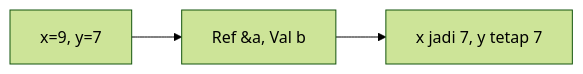
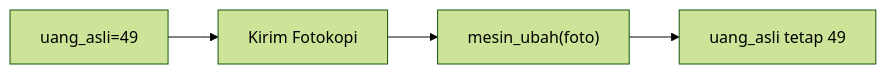
Before and after one commit to amnahwaida/OSNK_INF_PREP: diagram 11 of 25 in part-c-pemahaman-cpp/04-fungsi/latihan/set-01.md, drawn with Mermaid (forest theme). The commit also changed other lines of this file and 71 other files, not shown here.

````diff
--- a/part-c-pemahaman-cpp/04-fungsi/latihan/set-01.md
+++ b/part-c-pemahaman-cpp/04-fungsi/latihan/set-01.md
@@ -286,5 +301,6 @@
 ```mermaid
 graph LR
-A["x=9, y=7"] --> B["Ref &a, Val b"]
-B --> C["x jadi 7, y tetap 7"]
+A["uang_asli=49"] --> B["Kirim Fotokopi"]
+B --> C["mesin_ubah(foto)"]
+C --> D["uang_asli tetap 49"]
 ```
````
